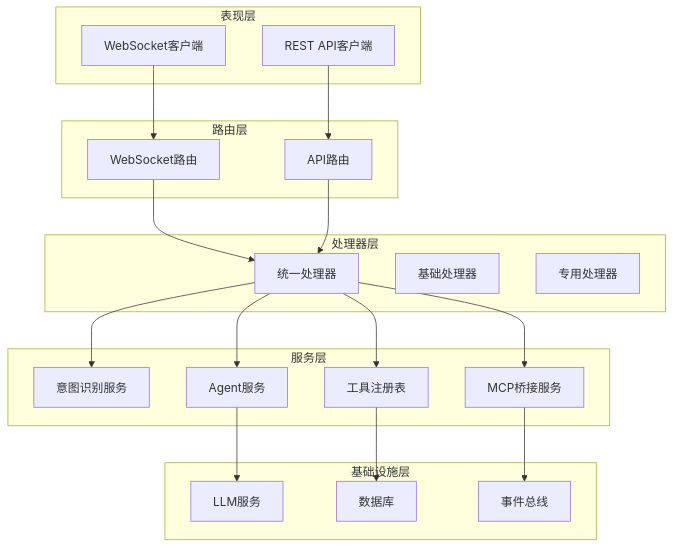
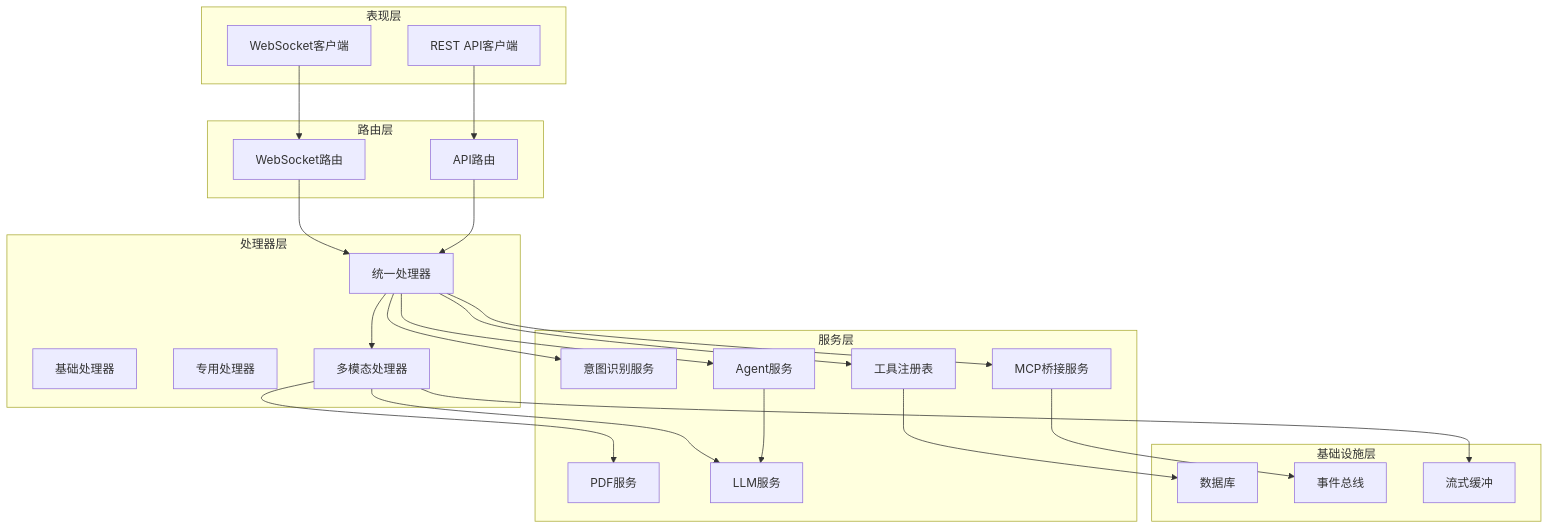
One commit to laohanhahaha/PaperChat changed the third of 10 diagrams in .qoder/repowiki/zh/content/后端系统/统一处理器系统.md. Above: the diagram before and after it, drawn with Mermaid. The commit also changed other lines of this file and 185 other files, not shown here.

````diff
--- a/.qoder/repowiki/zh/content/后端系统/统一处理器系统.md
+++ b/.qoder/repowiki/zh/content/后端系统/统一处理器系统.md
@@ -134,38 +170,45 @@
 ```mermaid
 graph TB
 subgraph "表现层"
 WS[WebSocket客户端]
 API[REST API客户端]
 end
 subgraph "路由层"
 WSRouter[WebSocket路由]
 APIRouter[API路由]
 end
 subgraph "处理器层"
 UnifiedHandler[统一处理器]
 BaseHandler[基础处理器]
 SpecializedHandlers[专用处理器]
+MultimodalHandler[多模态处理器]
 end
 subgraph "服务层"
 IntentService[意图识别服务]
 AgentService[Agent服务]
 ToolRegistry[工具注册表]
 MCPBridge[MCP桥接服务]
+PDFService[PDF服务]
+LLMService[LLM服务]
 end
 subgraph "基础设施层"
-LLMService[LLM服务]
 Database[数据库]
 EventBus[事件总线]
+ChunkBuffer[流式缓冲]
 end
 WS --> WSRouter
 API --> APIRouter
 WSRouter --> UnifiedHandler
 APIRouter --> UnifiedHandler
 UnifiedHandler --> IntentService
 UnifiedHandler --> AgentService
 UnifiedHandler --> ToolRegistry
 UnifiedHandler --> MCPBridge
+UnifiedHandler --> MultimodalHandler
+MultimodalHandler --> PDFService
+MultimodalHandler --> LLMService
 AgentService --> LLMService
 ToolRegistry --> Database
 MCPBridge --> EventBus
+MultimodalHandler --> ChunkBuffer
 ```
````
